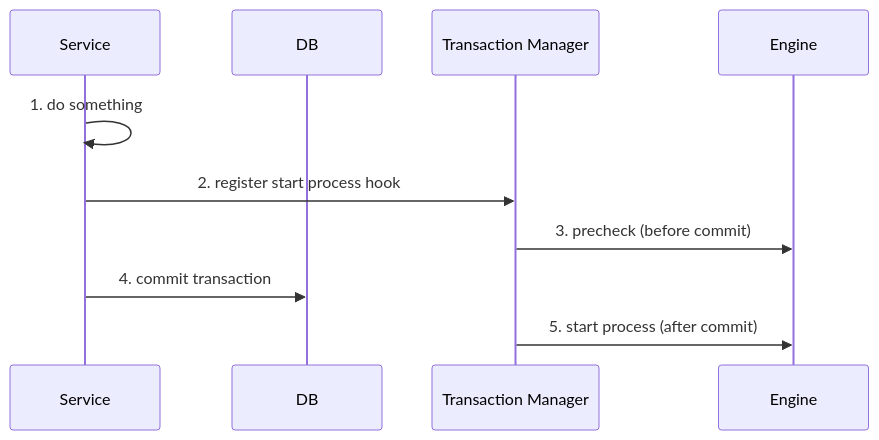
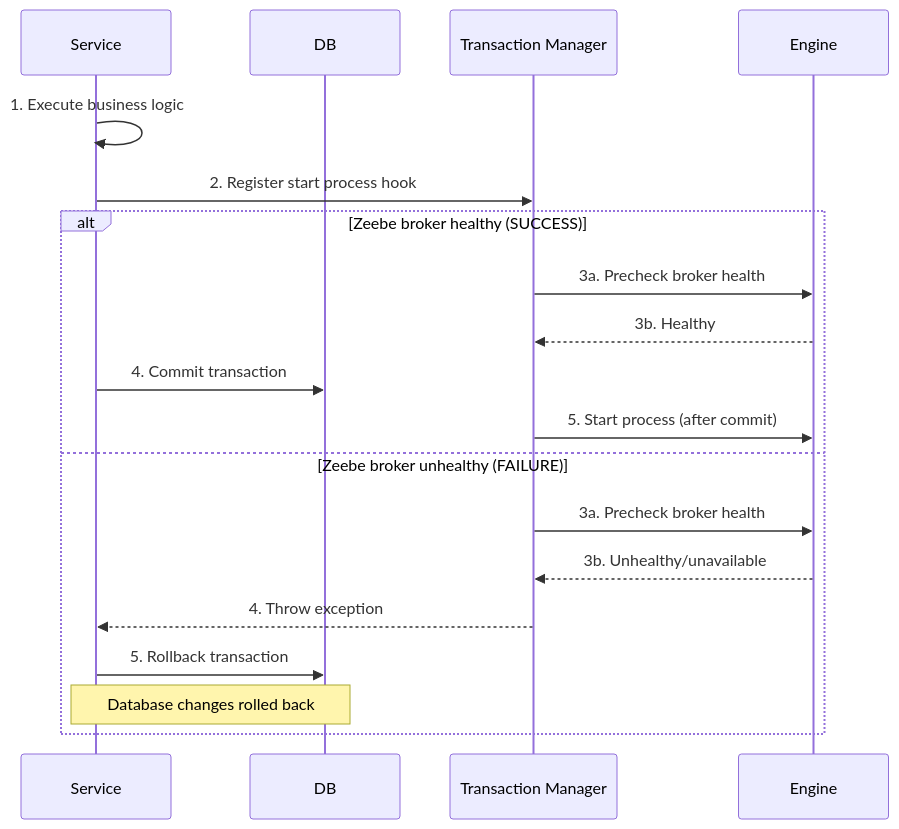
Before and after one commit to emaarco/distributed-horcruxes: the diagram in examples/after-transaction/README.md, drawn with Mermaid. The commit also changed other lines of this file and 45 other files, not shown here.

````diff
--- a/examples/after-transaction/README.md
+++ b/examples/after-transaction/README.md
@@ -140,12 +140,23 @@
 ```mermaid
 sequenceDiagram
     participant Service
     participant DB
     participant Transaction Manager
     participant Engine
-    Service ->> Service: 1. do something
-    Service ->> Transaction Manager: 2. register start process hook
-    Transaction Manager ->> Engine: 3. precheck (before commit)
-    Service ->> DB: 4. commit transaction
-    Transaction Manager ->> Engine: 5. start process (after commit)
+
+    Service ->> Service: 1. Execute business logic
+    Service ->> Transaction Manager: 2. Register start process hook
+
+    alt Zeebe broker healthy (SUCCESS)
+        Transaction Manager ->> Engine: 3a. Precheck broker health
+        Engine -->> Transaction Manager: 3b. Healthy
+        Service ->> DB: 4. Commit transaction
+        Transaction Manager ->> Engine: 5. Start process (after commit)
+    else Zeebe broker unhealthy (FAILURE)
+        Transaction Manager ->> Engine: 3a. Precheck broker health
+        Engine -->> Transaction Manager: 3b. Unhealthy/unavailable
+        Transaction Manager -->> Service: 4. Throw exception
+        Service ->> DB: 5. Rollback transaction
+        Note over Service,DB: Database changes rolled back
+    end
 ```
````
